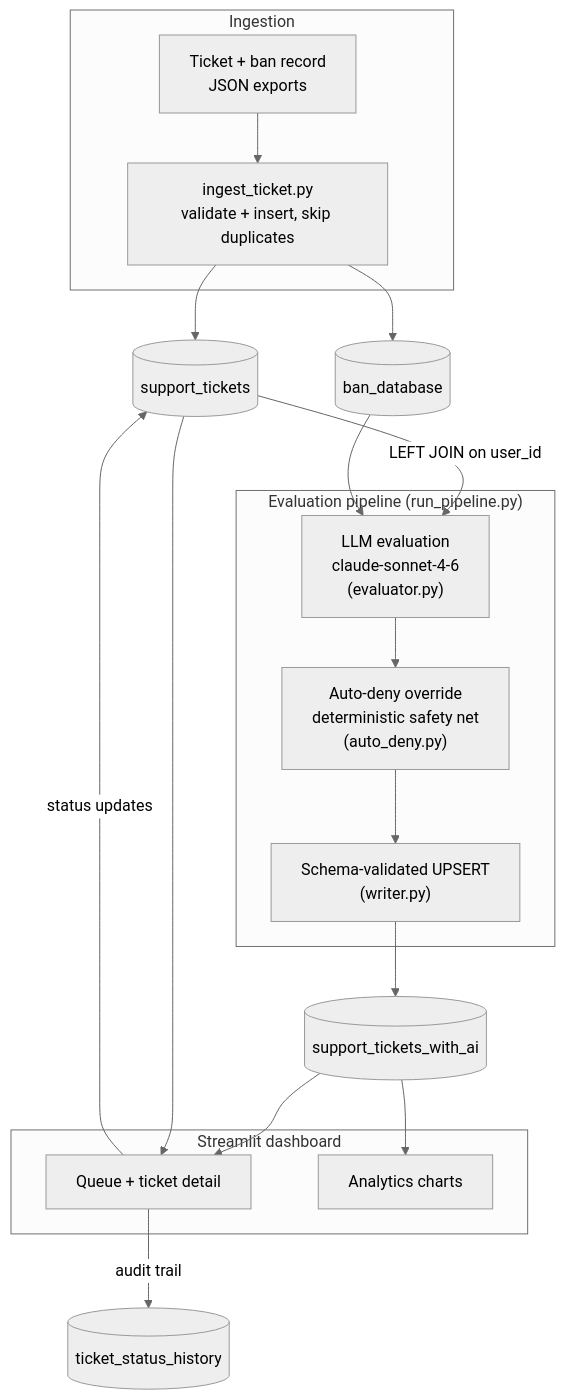
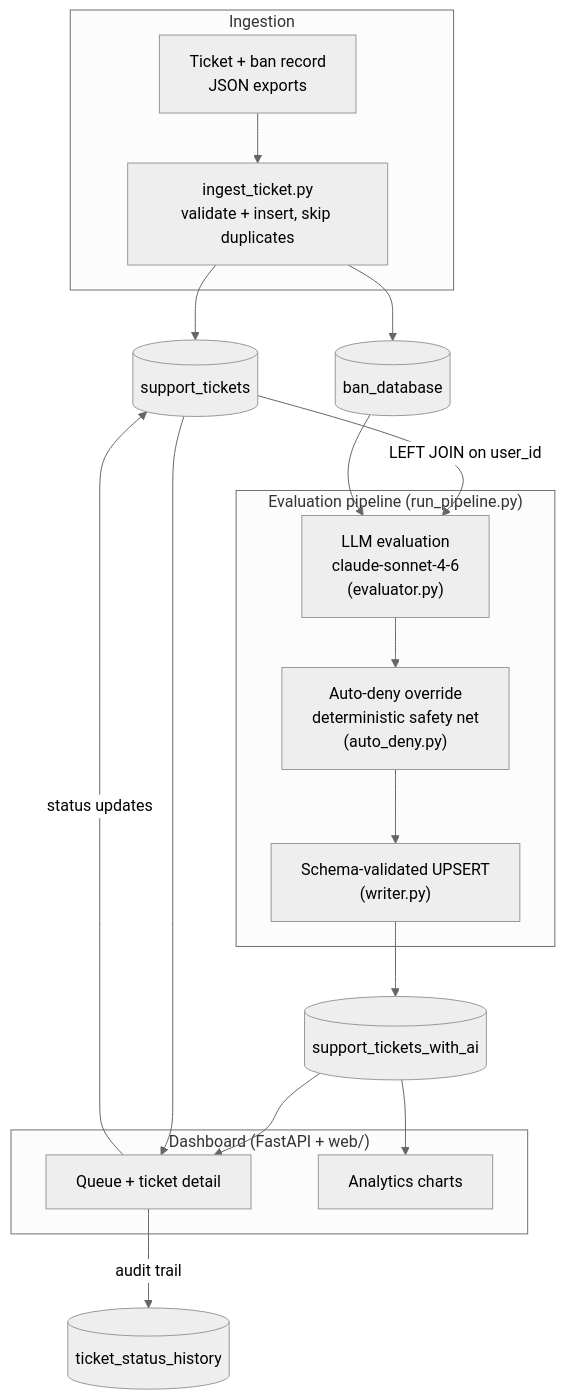
The diagram in README.md (SerMike/Ticket-Tech-Titan), drawn with Mermaid (neutral theme) before and after one commit. The commit also changed other lines of this file and 16 other files, not shown here.

First line of the commit message:
Replace Streamlit dashboard with FastAPI API and static front-end

````diff
--- a/README.md
+++ b/README.md
@@ -19,24 +19,24 @@
 ```mermaid
 flowchart TD
     subgraph ING["Ingestion"]
         J["Ticket + ban record<br/>JSON exports"] --> I["ingest_ticket.py<br/>validate + insert, skip duplicates"]
     end
     I --> ST[("support_tickets")]
     I --> BD[("ban_database")]
     subgraph PIPE["Evaluation pipeline (run_pipeline.py)"]
         EV["LLM evaluation<br/>claude-sonnet-4-6<br/>(evaluator.py)"] --> AD["Auto-deny override<br/>deterministic safety net<br/>(auto_deny.py)"]
         AD --> WR["Schema-validated UPSERT<br/>(writer.py)"]
     end
     ST -->|"LEFT JOIN on user_id"| EV
     BD --> EV
     WR --> AI[("support_tickets_with_ai")]
-    subgraph DASH["Streamlit dashboard"]
+    subgraph DASH["Dashboard (FastAPI + web/)"]
         Q["Queue + ticket detail"]
         AN["Analytics charts"]
     end
     AI --> Q
     AI --> AN
     ST --> Q
     Q -->|"status updates"| ST
     Q -->|"audit trail"| TH[("ticket_status_history")]
 ```
````
